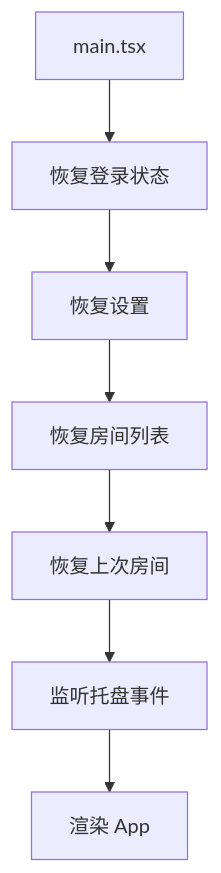
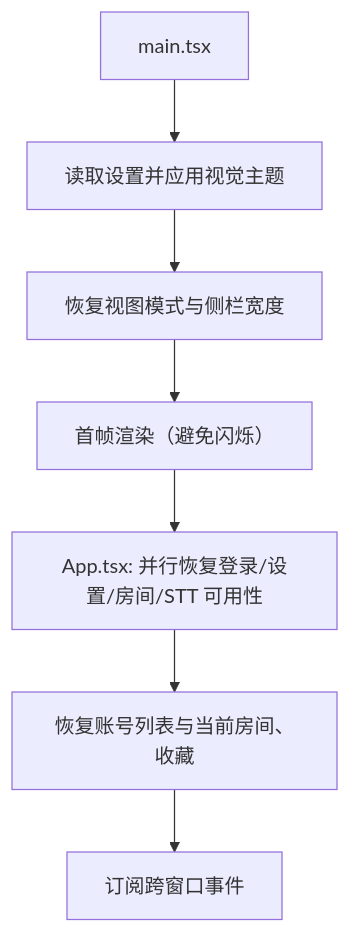
The diagram in docs/docs/architecture/frontend.md (sfqy211/bilidanmu), drawn with Mermaid before and after one commit. The commit also changed other lines of this file and 29 other files, not shown here.

````diff
--- a/docs/docs/architecture/frontend.md
+++ b/docs/docs/architecture/frontend.md
@@ -22,9 +23,9 @@
 ```mermaid
 flowchart TD
-    A["main.tsx"] --> B["恢复登录状态"]
-    B --> C["恢复设置"]
-    C --> D["恢复房间列表"]
-    D --> E["恢复上次房间"]
-    E --> F["监听托盘事件"]
-    F --> G["渲染 App"]
+    A["main.tsx"] --> B["读取设置并应用视觉主题"]
+    B --> C["恢复视图模式与侧栏宽度"]
+    C --> D["首帧渲染（避免闪烁）"]
+    D --> E["App.tsx: 并行恢复登录/设置/房间/STT 可用性"]
+    E --> F["恢复账号列表与当前房间、收藏"]
+    F --> G["订阅跨窗口事件"]
 ```
````
